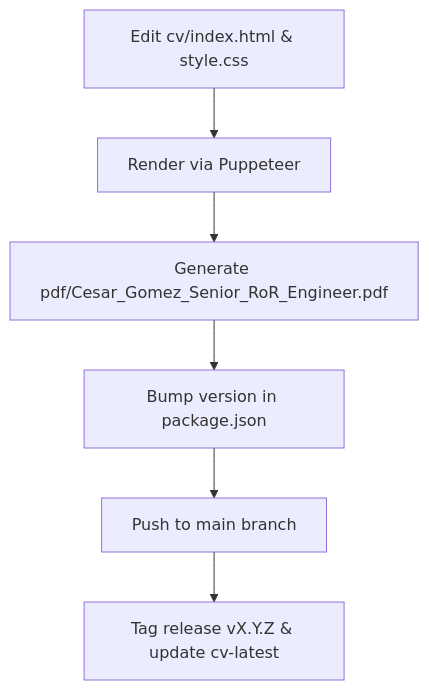
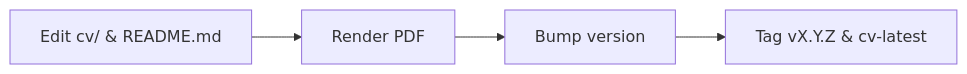
The diagram in AGENTS.md (cesargomez89/resume), drawn with Mermaid before and after one commit. The commit also changed other lines of this file, not shown here.

````diff
--- a/AGENTS.md
+++ b/AGENTS.md
@@ -10,8 +8,4 @@
 ```mermaid
-flowchart TD
-    A["Edit cv/index.html & style.css"] --> B["Render via Puppeteer"]
-    B --> C["Generate pdf/Cesar_Gomez_Senior_RoR_Engineer.pdf"]
-    C --> D["Bump version in package.json"]
-    D --> E["Push to main branch"]
-    E --> F["Tag release vX.Y.Z & update cv-latest"]
+flowchart LR
+    A["Edit cv/ & README.md"] --> B["Render PDF"] --> C["Bump version"] --> D["Tag vX.Y.Z & cv-latest"]
 ```
````
